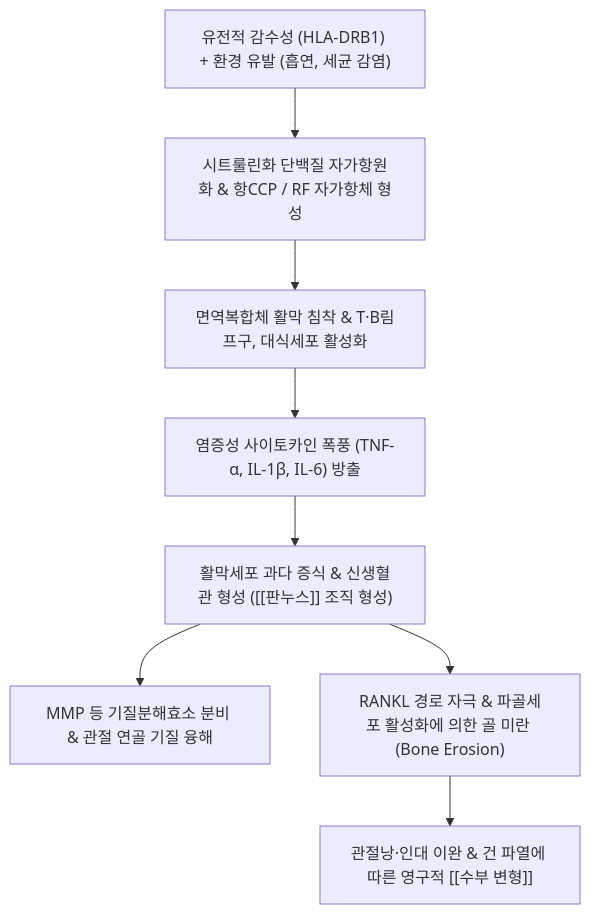
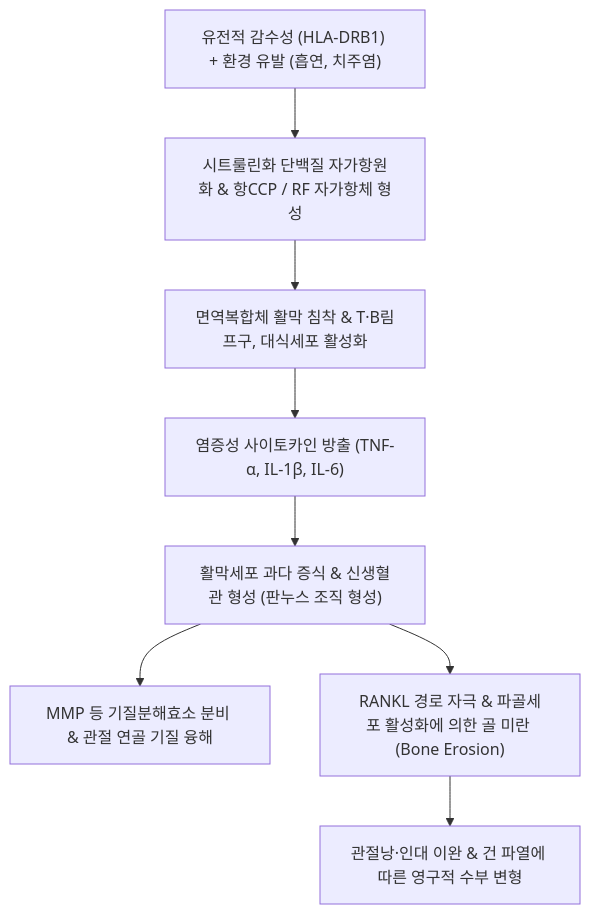
The diagram in content/3. 이론 공부/질환/자가면역·류마티스 질환/기타 자가면역/류마티스 관절염.md (simbio11/simbio-digital-garden2), drawn with Mermaid before and after one commit. The commit also changed other lines of this file and 401 other files, not shown here.

````diff
--- a/content/3. 이론 공부/질환/자가면역·류마티스 질환/기타 자가면역/류마티스 관절염.md
+++ b/content/3. 이론 공부/질환/자가면역·류마티스 질환/기타 자가면역/류마티스 관절염.md
@@ -68,10 +61,10 @@
 ```mermaid
 graph TD
-    Trigger["유전적 감수성 (HLA-DRB1) + 환경 유발 (흡연, 세균 감염)"] --> AutoAb["시트룰린화 단백질 자가항원화 & 항CCP / RF 자가항체 형성"]
+    Trigger["유전적 감수성 (HLA-DRB1) + 환경 유발 (흡연, 치주염)"] --> AutoAb["시트룰린화 단백질 자가항원화 & 항CCP / RF 자가항체 형성"]
     AutoAb --> Synovitis["면역복합체 활막 침착 & T·B림프구, 대식세포 활성화"]
-    Synovitis --> Cytokines["염증성 사이토카인 폭풍 (TNF-α, IL-1β, IL-6) 방출"]
-    Cytokines --> Pannus["활막세포 과다 증식 & 신생혈관 형성 ([[판누스]] 조직 형성)"]
+    Synovitis --> Cytokines["염증성 사이토카인 방출 (TNF-α, IL-1β, IL-6)"]
+    Cytokines --> Pannus["활막세포 과다 증식 & 신생혈관 형성 (판누스 조직 형성)"]
     Pannus --> MMP["MMP 등 기질분해효소 분비 & 관절 연골 기질 융해"]
     Pannus --> Osteoclast["RANKL 경로 자극 & 파골세포 활성화에 의한 골 미란 (Bone Erosion)"]
-    Osteoclast --> Deformity["관절낭·인대 이완 & 건 파열에 따른 영구적 [[수부 변형]]"]
+    Osteoclast --> Deformity["관절낭·인대 이완 & 건 파열에 따른 영구적 수부 변형"]
 ```
````
